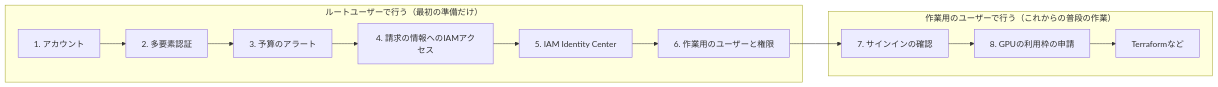
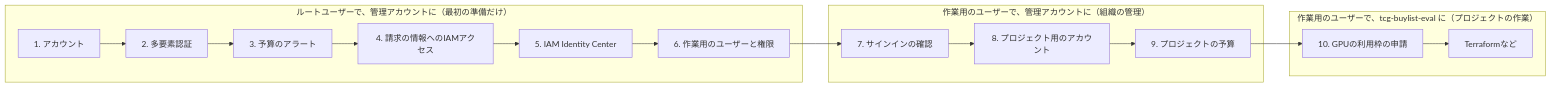
One commit to mgmaru/tcg-buylist-eval changed the first of 8 diagrams in docs/setup/aws-account.md. Above: the diagram before and after it, drawn with Mermaid. The commit also changed other lines of this file and 3 other files, not shown here.

````diff
--- a/docs/setup/aws-account.md
+++ b/docs/setup/aws-account.md
@@ -30,10 +31,14 @@
 ```mermaid
 flowchart LR
-    subgraph R["ルートユーザーで行う（最初の準備だけ）"]
+    subgraph R["ルートユーザーで、管理アカウントに（最初の準備だけ）"]
         S1["1. アカウント"] --> S2["2. 多要素認証"] --> S3["3. 予算のアラート"] --> S4["4. 請求の情報へのIAMアクセス"] --> S5["5. IAM Identity Center"] --> S6["6. 作業用のユーザーと権限"]
     end
-    subgraph W["作業用のユーザーで行う（これからの普段の作業）"]
-        S7["7. サインインの確認"] --> S8["8. GPUの利用枠の申請"] --> S9["Terraformなど"]
+    subgraph W["作業用のユーザーで、管理アカウントに（組織の管理）"]
+        S7["7. サインインの確認"] --> S8["8. プロジェクト用のアカウント"] --> S9["9. プロジェクトの予算"]
+    end
+    subgraph P["作業用のユーザーで、tcg-buylist-eval に（プロジェクトの作業）"]
+        S10["10. GPUの利用枠の申請"] --> S11["Terraformなど"]
     end
     S6 --> S7
+    S9 --> S10
 ```
````
